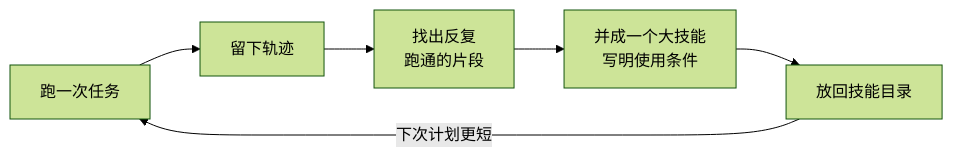
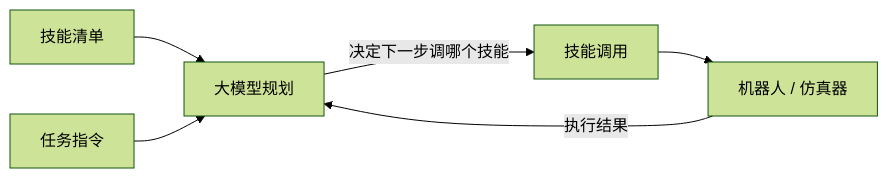
The first of 3 diagrams in README.md (Qam1ng/RSI-Skillcomp), drawn with Mermaid (forest theme) before and after one commit. The commit also changed other lines of this file, not shown here.

Commit message:
README: add harness-anatomy diagram and where skillcomp attaches (two ports)

````diff
--- a/README.md
+++ b/README.md
@@ -15,8 +17,8 @@
 ```mermaid
 flowchart LR
-    A[跑一次任务] --> B[留下轨迹]
-    B --> C[找出反复<br/>跑通的片段]
-    C --> D[并成一个大技能<br/>写明使用条件]
-    D --> E[放回技能目录]
-    E -- 下次计划更短 --> A
+    K[技能清单] --> P[大模型规划]
+    U[任务指令] --> P
+    P -- 决定下一步调哪个技能 --> E[技能调用]
+    E --> R[机器人 / 仿真器]
+    R -- 执行结果 --> P
 ```
````
